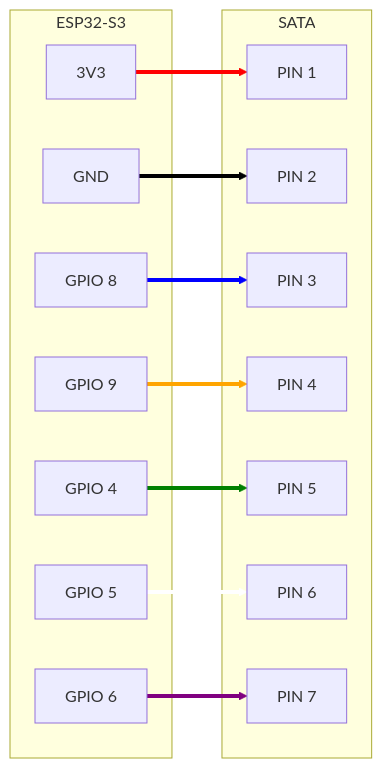
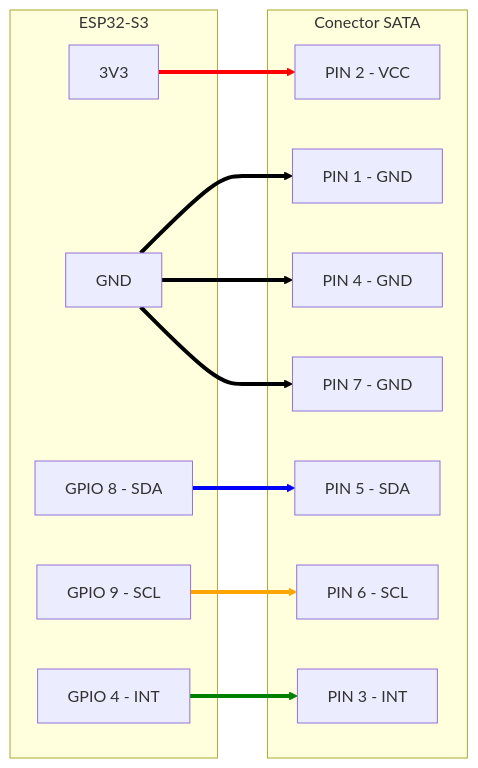
One commit to FernandoFranco/Ogiva-Modular-para-Airsoft changed the diagram in Modulos/README.md. Above: the diagram before and after it, drawn with Mermaid. The commit also changed other lines of this file and 11 other files, not shown here.

First line of the commit message:
feat: Add LED blinking functionality and GPIO mapping in ESP32Info

````diff
--- a/Modulos/README.md
+++ b/Modulos/README.md
@@ -82,38 +97,36 @@
 ```mermaid
 graph LR
     subgraph ESP32["ESP32-S3"]
       VCC_ESP[3V3]
       GND_ESP[GND]
-      GPIO8[GPIO 8]
-      GPIO9[GPIO 9]
-      GPIO4[GPIO 4]
-      GPIO5[GPIO 5]
-      GPIO6[GPIO 6]
+      GPIO8[GPIO 8 - SDA]
+      GPIO9[GPIO 9 - SCL]
+      GPIO4[GPIO 4 - INT]
     end
 
-    subgraph SATA
-      PIN1[PIN 1]
-      PIN2[PIN 2]
-      PIN3[PIN 3]
-      PIN4[PIN 4]
-      PIN5[PIN 5]
-      PIN6[PIN 6]
-      PIN7[PIN 7]
+    subgraph SATA["Conector SATA"]
+      PIN1[PIN 1 - GND]
+      PIN2[PIN 2 - VCC]
+      PIN3[PIN 3 - INT]
+      PIN4[PIN 4 - GND]
+      PIN5[PIN 5 - SDA]
+      PIN6[PIN 6 - SCL]
+      PIN7[PIN 7 - GND]
     end
 
-    VCC_ESP --> PIN1
-    GND_ESP --> PIN2
-    GPIO8 --> PIN3
-    GPIO9 --> PIN4
-    GPIO4 --> PIN5
-    GPIO5 --> PIN6
-    GPIO6 --> PIN7
+    GND_ESP --> PIN1
+    GND_ESP --> PIN4
+    GND_ESP --> PIN7
+    VCC_ESP --> PIN2
+    GPIO4 --> PIN3
+    GPIO8 --> PIN5
+    GPIO9 --> PIN6
 
-    linkStyle 0 stroke:red,stroke-width:4px
+    linkStyle 0 stroke:black,stroke-width:4px
     linkStyle 1 stroke:black,stroke-width:4px
-    linkStyle 2 stroke:blue,stroke-width:4px
-    linkStyle 3 stroke:orange,stroke-width:4px
+    linkStyle 2 stroke:black,stroke-width:4px
+    linkStyle 3 stroke:red,stroke-width:4px
     linkStyle 4 stroke:green,stroke-width:4px
-    linkStyle 5 stroke:white,stroke-width:4px
-    linkStyle 6 stroke:purple,stroke-width:4px
+    linkStyle 5 stroke:blue,stroke-width:4px
+    linkStyle 6 stroke:orange,stroke-width:4px
 ```
````
